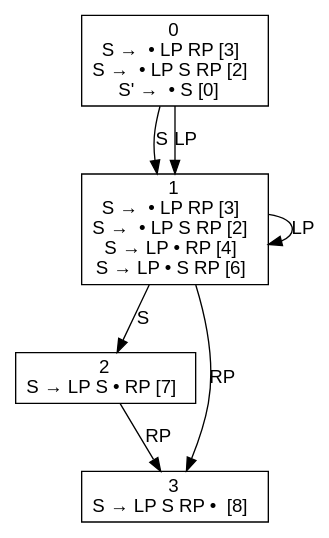
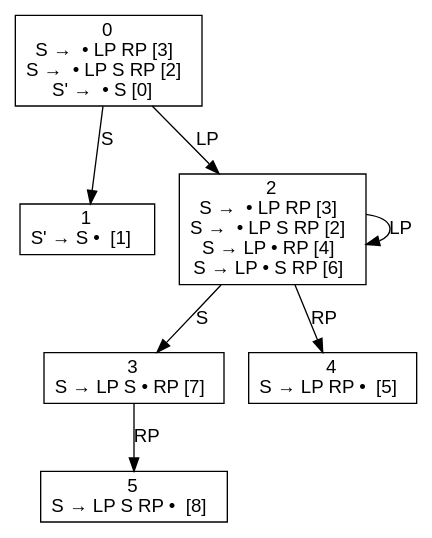
The diagram in PleaseWork/PleaseWork/g11.txt.dfa.dot (dragonsarebest/Compiler), drawn with Graphviz before and after one commit. The commit also changed 12 other files, not shown here.

```diff
--- a/PleaseWork/PleaseWork/g11.txt.dfa.dot
+++ b/PleaseWork/PleaseWork/g11.txt.dfa.dot
@@ -1,14 +1,16 @@
 digraph d{
 node [fontname=Helvetica,shape=box];
 edge [fontname=Helvetica];
 n0 [label=<0<br />S →  • LP RP [3]<br />S →  • LP S RP [2]<br />S' →  • S [0]>];
-n1 [label=<1<br />S →  • LP RP [3]<br />S →  • LP S RP [2]<br />S → LP • RP [4]<br />S → LP • S RP [6]>];
-n2 [label=<2<br />S → LP S • RP [7]>];
-n3 [label=<3<br />S → LP S RP •  [8]>];
+n1 [label=<1<br />S' → S •  [1]>];
+n2 [label=<2<br />S →  • LP RP [3]<br />S →  • LP S RP [2]<br />S → LP • RP [4]<br />S → LP • S RP [6]>];
+n3 [label=<3<br />S → LP S • RP [7]>];
+n4 [label=<4<br />S → LP RP •  [5]>];
+n5 [label=<5<br />S → LP S RP •  [8]>];
 n0 -> n1 [label="S"];
-n0 -> n1 [label="LP"];
-n1 -> n2 [label="S"];
-n1 -> n1 [label="LP"];
-n1 -> n3 [label="RP"];
-n2 -> n3 [label="RP"];
+n0 -> n2 [label="LP"];
+n2 -> n3 [label="S"];
+n2 -> n2 [label="LP"];
+n2 -> n4 [label="RP"];
+n3 -> n5 [label="RP"];
 }
```
